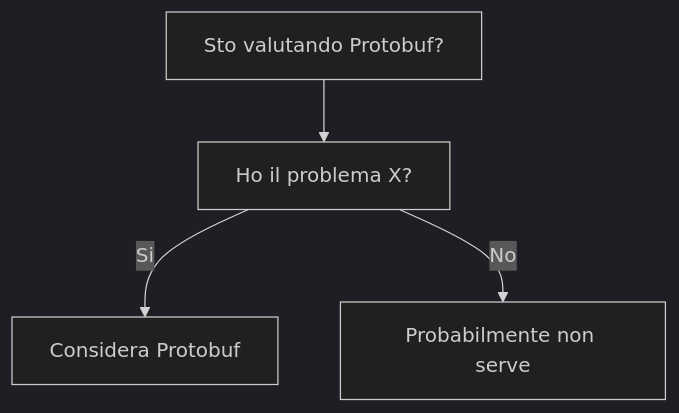
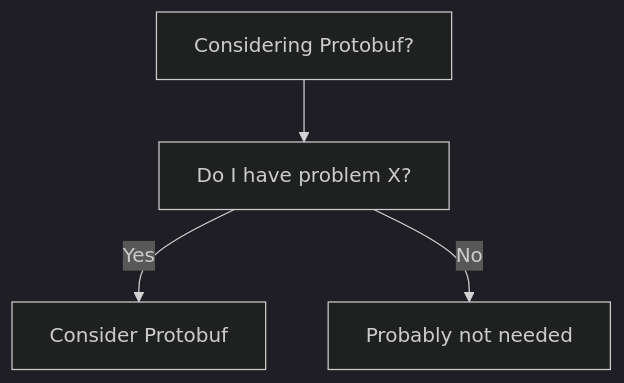
One commit to HxT9/Software-Dev-Wiki changed the diagram in dev-wiki/13_Integration/Serialization/Protobuf/When_To_Use.md. Above: the diagram before and after it, drawn with Mermaid (dark theme). The commit also changed other lines of this file and 3444 other files, not shown here.

````diff
--- a/dev-wiki/13_Integration/Serialization/Protobuf/When_To_Use.md
+++ b/dev-wiki/13_Integration/Serialization/Protobuf/When_To_Use.md
@@ -19,6 +19,6 @@
 ```mermaid
 flowchart TD
-  Q[Sto valutando Protobuf?] --> Q1[Ho il problema X?]
-  Q1 -->|Si| OK[Considera Protobuf]
-  Q1 -->|No| NO[Probabilmente non serve]
+  Q[Considering Protobuf?] --> Q1[Do I have problem X?]
+  Q1 -->|Yes| OK[Consider Protobuf]
+  Q1 -->|No| NO[Probably not needed]
 ```
````
